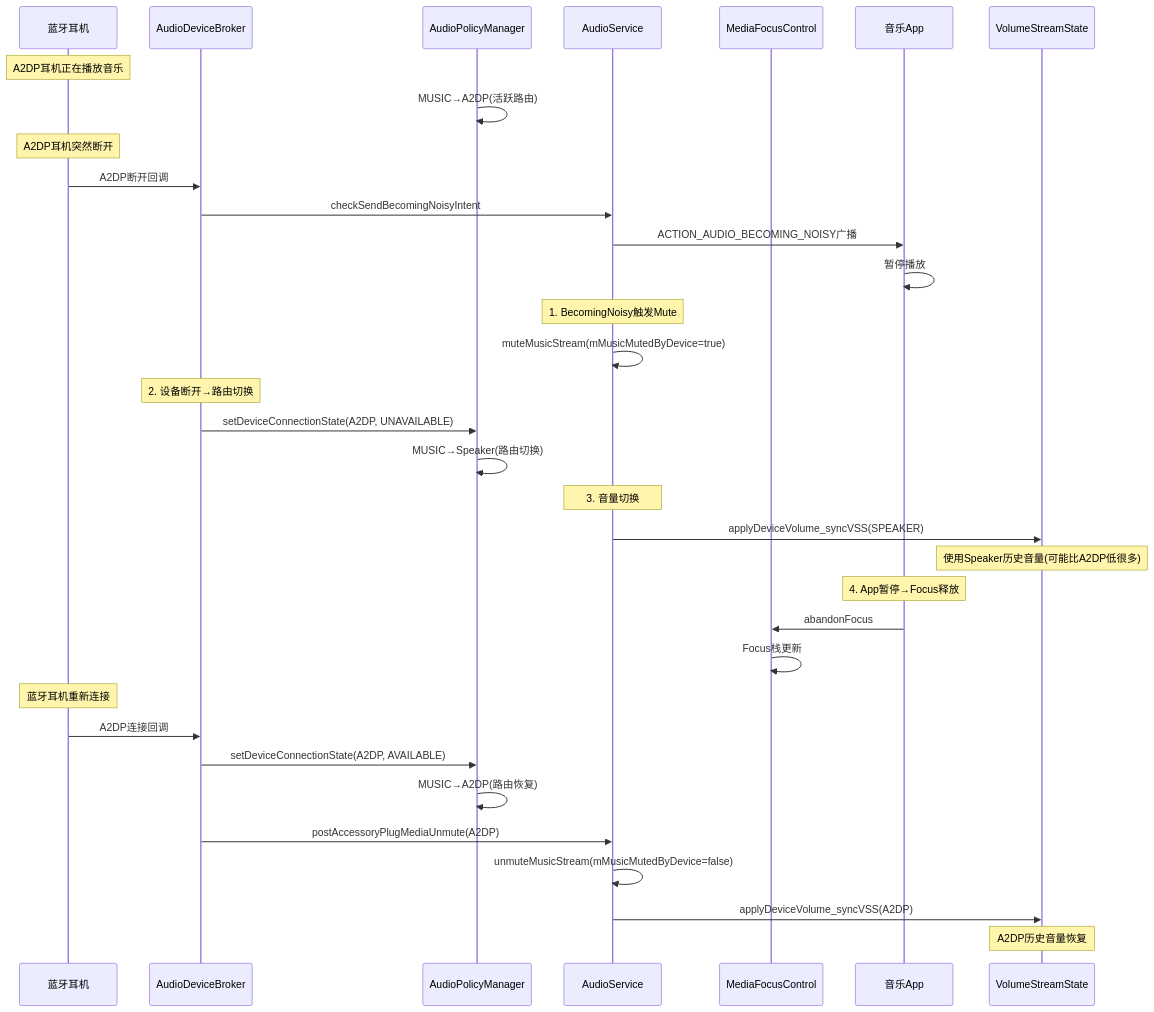
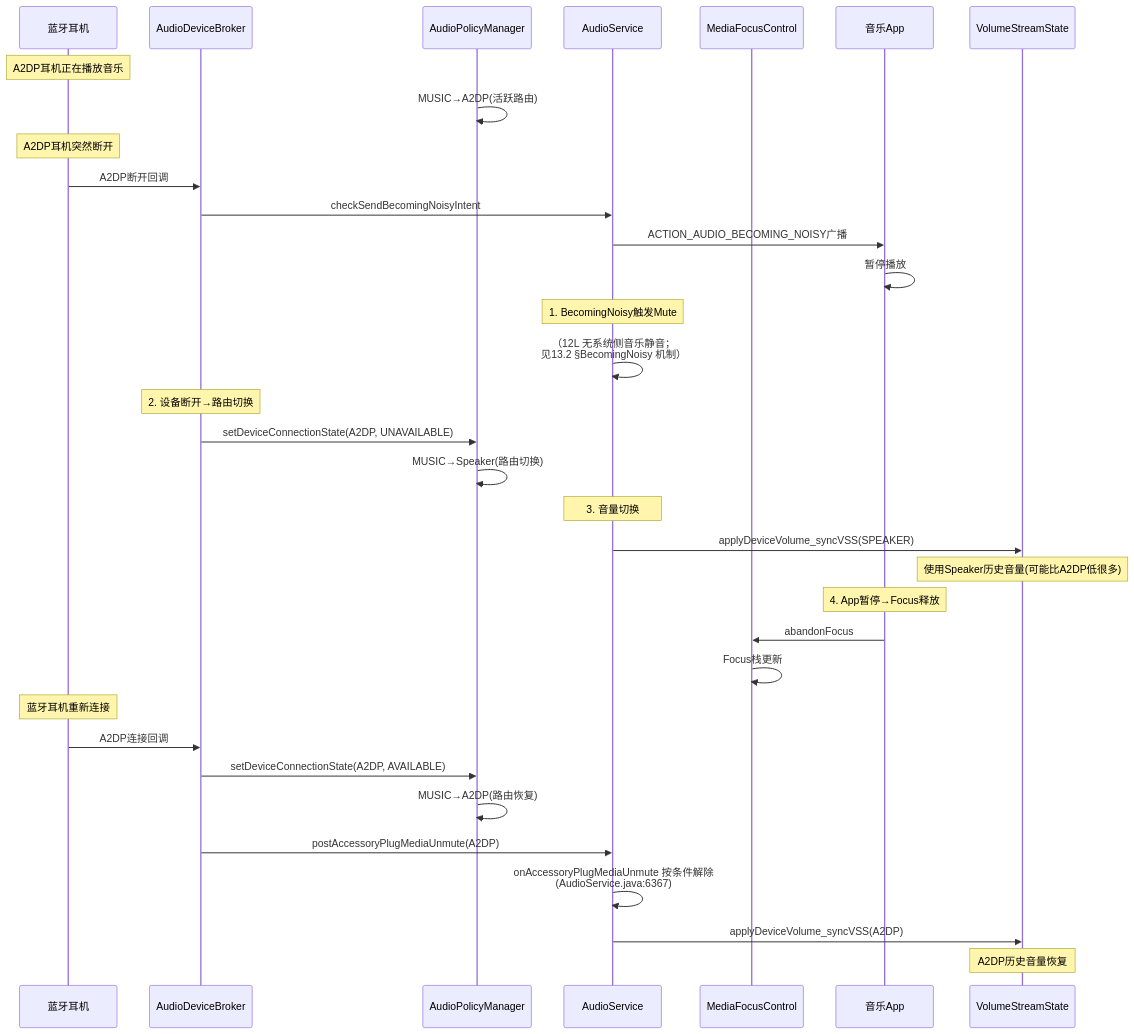
The ninth of 10 diagrams in 13_Volume_Device_Deep_Dive/13_13.3_Focus+Device+Volume联合交互场景.md (yanglinzhen1022/SA8295_AAOS_QNX_Audio_KnowledgeBase), drawn with Mermaid before and after one commit. The commit also changed other lines of this file and 58 other files, not shown here.

````diff
--- a/13_Volume_Device_Deep_Dive/13_13.3_Focus+Device+Volume联合交互场景.md
+++ b/13_Volume_Device_Deep_Dive/13_13.3_Focus+Device+Volume联合交互场景.md
@@ -364,43 +354,43 @@
 ```mermaid
 sequenceDiagram
     participant BT as 蓝牙耳机
     participant BROKER as AudioDeviceBroker
     participant APM as AudioPolicyManager
     participant AS as AudioService
     participant MFC as MediaFocusControl
     participant APP as 音乐App
     participant VSS as VolumeStreamState
     
     Note over BT: A2DP耳机正在播放音乐
     APM->>APM: MUSIC→A2DP(活跃路由)
     
     Note over BT: A2DP耳机突然断开
     BT->>BROKER: A2DP断开回调
     BROKER->>AS: checkSendBecomingNoisyIntent
     AS->>APP: ACTION_AUDIO_BECOMING_NOISY广播
     APP->>APP: 暂停播放
     
     Note over AS: 1. BecomingNoisy触发Mute
-    AS->>AS: muteMusicStream(mMusicMutedByDevice=true)
+    AS->>AS: （12L 无系统侧音乐静音；<br>见13.2 §BecomingNoisy 机制）
     
     Note over BROKER: 2. 设备断开→路由切换
     BROKER->>APM: setDeviceConnectionState(A2DP, UNAVAILABLE)
     APM->>APM: MUSIC→Speaker(路由切换)
     
     Note over AS: 3. 音量切换
     AS->>VSS: applyDeviceVolume_syncVSS(SPEAKER)
     Note over VSS: 使用Speaker历史音量(可能比A2DP低很多)
     
     Note over APP: 4. App暂停→Focus释放
     APP->>MFC: abandonFocus
     MFC->>MFC: Focus栈更新
     
     Note over BT: 蓝牙耳机重新连接
     BT->>BROKER: A2DP连接回调
     BROKER->>APM: setDeviceConnectionState(A2DP, AVAILABLE)
     APM->>APM: MUSIC→A2DP(路由恢复)
     BROKER->>AS: postAccessoryPlugMediaUnmute(A2DP)
-    AS->>AS: unmuteMusicStream(mMusicMutedByDevice=false)
+    AS->>AS: onAccessoryPlugMediaUnmute 按条件解除<br>(AudioService.java:6367)
     AS->>VSS: applyDeviceVolume_syncVSS(A2DP)
     Note over VSS: A2DP历史音量恢复
 ```
````
